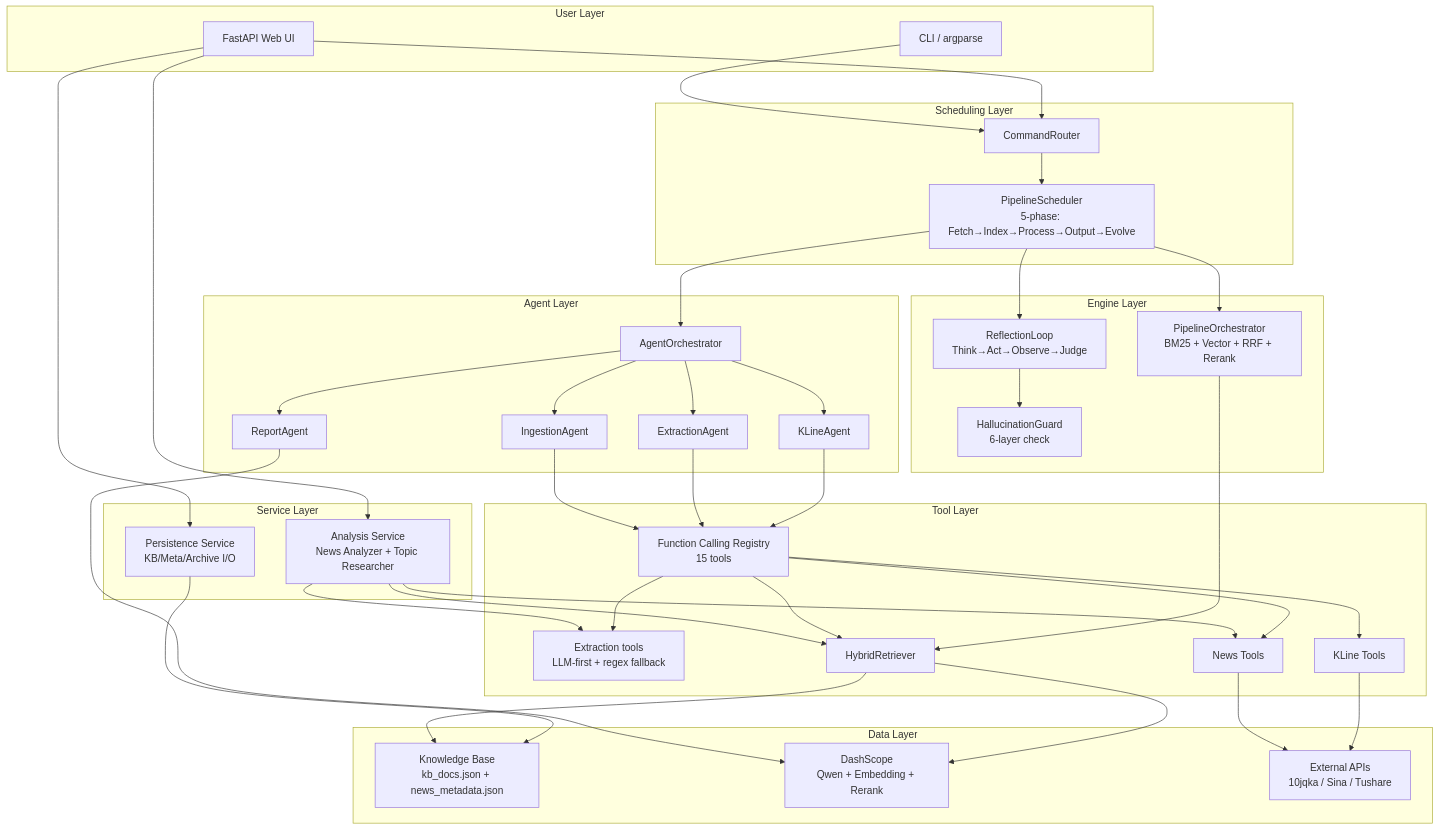
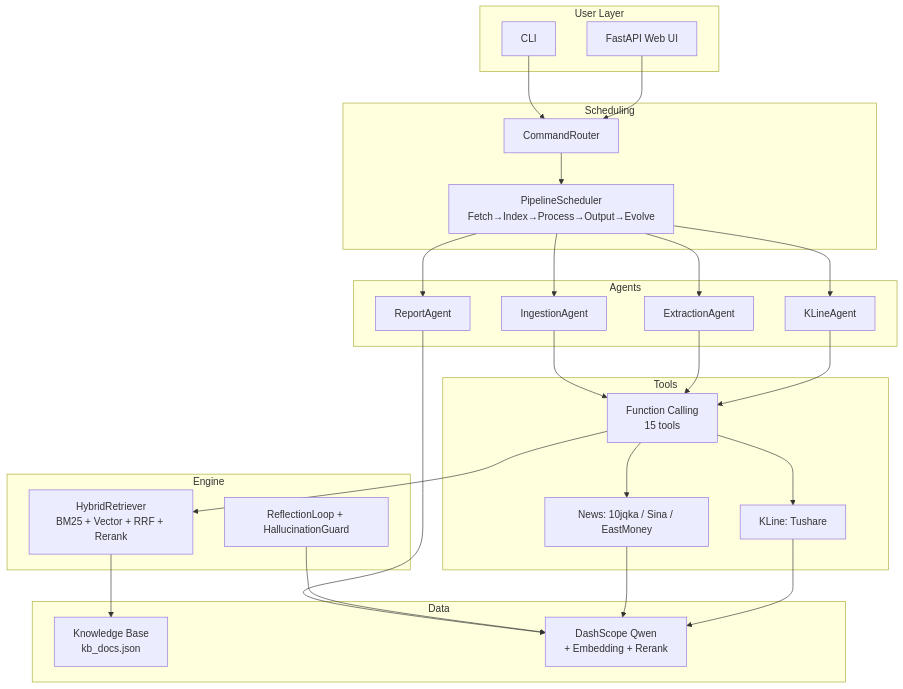
The diagram in README.md (AllenMing3/Allen_FinanceRag), drawn with Mermaid before and after one commit. The commit also changed other lines of this file and 1 other file, not shown here.

First line of the commit message:
docs(readme): overhaul README with detailed architecture and usage docs

````diff
--- a/README.md
+++ b/README.md
@@ -15,76 +22,46 @@
 ```mermaid
 graph TB
     subgraph User Layer
-        CLI[CLI / argparse]
+        CLI[CLI]
         Web[FastAPI Web UI]
     end
 
-    subgraph Scheduling Layer
+    subgraph Scheduling
         Router[CommandRouter]
-        Pipeline[PipelineScheduler<br/>5-phase: Fetch→Index→Process→Output→Evolve]
+        Pipeline[PipelineScheduler<br/>Fetch→Index→Process→Output→Evolve]
     end
 
-    subgraph Agent Layer
-        Coord[AgentOrchestrator]
+    subgraph Agents
         IA[IngestionAgent]
         EA[ExtractionAgent]
         RA[ReportAgent]
         KA[KLineAgent]
     end
 
-    subgraph Engine Layer
-        Indexer[PipelineOrchestrator<br/>BM25 + Vector + RRF + Rerank]
-        Reflect[ReflectionLoop<br/>Think→Act→Observe→Judge]
-        Guard[HallucinationGuard<br/>6-layer check]
+    subgraph Engine
+        Indexer[HybridRetriever<br/>BM25 + Vector + RRF + Rerank]
+        Reflect[ReflectionLoop + HallucinationGuard]
     end
 
-    subgraph Service Layer
-        AS[Analysis Service<br/>News Analyzer + Topic Researcher]
-        PS[Persistence Service<br/>KB/Meta/Archive I/O]
+    subgraph Tools
+        FC[Function Calling<br/>15 tools]
+        News[News: 10jqka / Sina / EastMoney]
+        KLine[KLine: Tushare]
     end
-    
-    subgraph Tool Layer
-        FC[Function Calling Registry<br/>15 tools]
-        Extract[Extraction tools<br/>LLM-first + regex fallback]
-        News[News Tools]
-        KLine[KLine Tools]
-        Search[HybridRetriever]
+
+    subgraph Data
+        KB[Knowledge Base<br/>kb_docs.json]
+        LLM[DashScope Qwen<br/>+ Embedding + Rerank]
     end
-    
-    subgraph Data Layer
-        KB[Knowledge Base<br/>kb_docs.json + news_metadata.json]
-        LLM[DashScope<br/>Qwen + Embedding + Rerank]
-        Ext[External APIs<br/>10jqka / Sina / Tushare]
-    end
-    
+
     CLI --> Router
     Web --> Router
-    Web --> AS
-    Web --> PS
     Router --> Pipeline
-    Pipeline --> Coord
-    Pipeline --> Indexer
-    Pipeline --> Reflect
-    Coord --> IA
-    Coord --> EA
-    Coord --> RA
-    Coord --> KA
-    AS --> Extract
-    AS --> News
-    AS --> Search
-    IA --> FC
-    EA --> FC
+    Pipeline --> IA & EA & RA & KA
+    IA & EA & KA --> FC
+    FC --> News & KLine & Indexer
     RA --> LLM
-    KA --> FC
-    FC --> Extract
-    FC --> News
-    FC --> KLine
-    FC --> Search
-    Indexer --> Search
-    Reflect --> Guard
-    Search --> KB
-    Search --> LLM
-    News --> Ext
-    KLine --> Ext
-    PS --> KB
+    Indexer --> KB
+    Reflect --> LLM
+    News & KLine --> LLM
 ```
````
